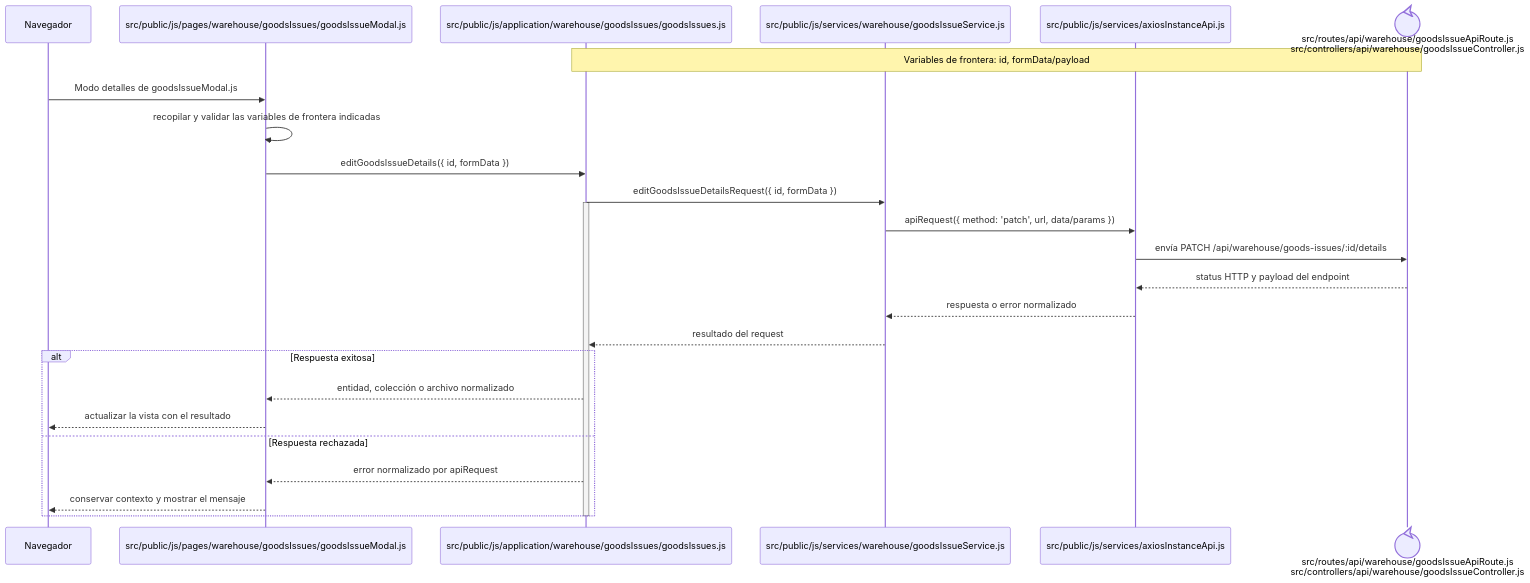
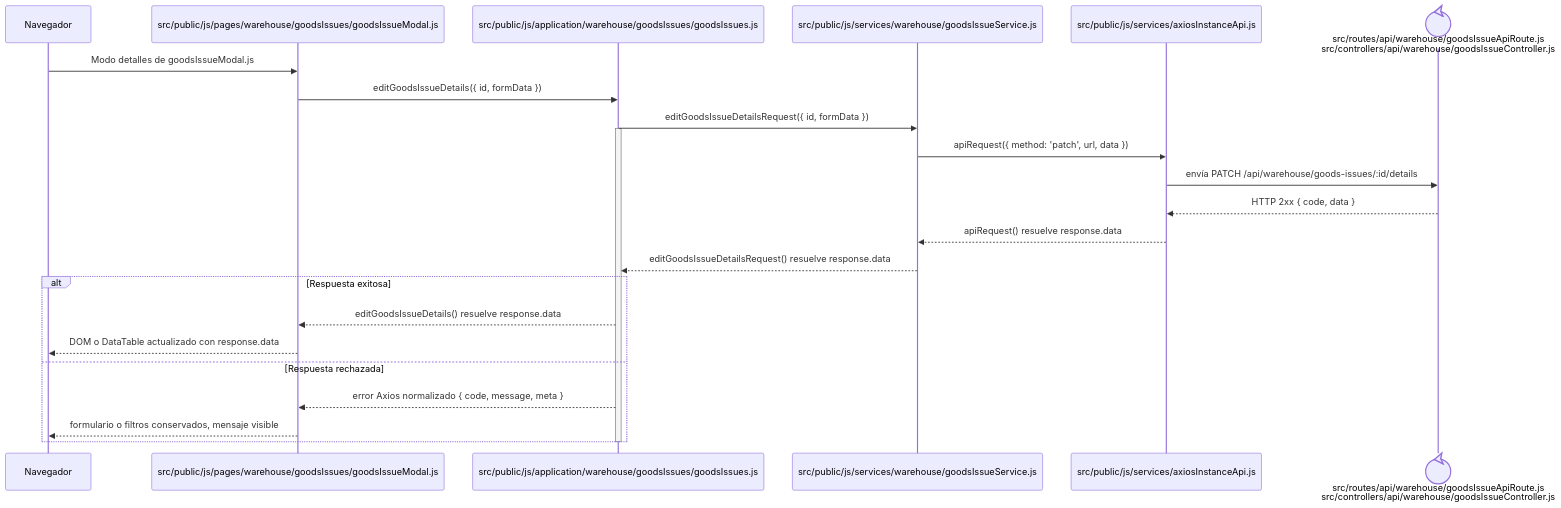
The diagram in docs/architecture/frontend-code-sequences/issues/cu-sal-04.md (gpgsistemas01/nexus), drawn with Mermaid before and after one commit. The commit also changed 148 other files, not shown here.

````diff
--- a/docs/architecture/frontend-code-sequences/issues/cu-sal-04.md
+++ b/docs/architecture/frontend-code-sequences/issues/cu-sal-04.md
@@ -6,29 +6,27 @@
 ```mermaid
 sequenceDiagram
     participant Browser as Navegador
     participant View as src/public/js/pages/warehouse/goodsIssues/goodsIssueModal.js
     participant Application as src/public/js/application/warehouse/goodsIssues/goodsIssues.js
     participant Request as src/public/js/services/warehouse/goodsIssueService.js
     participant HTTP as src/public/js/services/axiosInstanceApi.js
     participant Transport@{ "type": "control" } as src/routes/api/warehouse/goodsIssueApiRoute.js<br/>src/controllers/api/warehouse/goodsIssueController.js
-    Note over Application,Transport: Variables de frontera: id, formData/payload
 
     Browser->>View: Modo detalles de goodsIssueModal.js
-    View->>View: recopilar y validar las variables de frontera indicadas
     View->>Application: editGoodsIssueDetails({ id, formData })
     Application->>Request: editGoodsIssueDetailsRequest({ id, formData })
     activate Application
-    Request->>HTTP: apiRequest({ method: 'patch', url, data/params })
+    Request->>HTTP: apiRequest({ method: 'patch', url, data })
     HTTP->>Transport: envía PATCH /api/warehouse/goods-issues/:id/details
-    Transport-->>HTTP: status HTTP y payload del endpoint
-    HTTP-->>Request: respuesta o error normalizado
-    Request-->>Application: resultado del request
+    Transport-->>HTTP: HTTP 2xx { code, data }
+    HTTP-->>Request: apiRequest() resuelve response.data
+    Request-->>Application: editGoodsIssueDetailsRequest() resuelve response.data
     alt Respuesta exitosa
-        Application-->>View: entidad, colección o archivo normalizado
-        View-->>Browser: actualizar la vista con el resultado
+        Application-->>View: editGoodsIssueDetails() resuelve response.data
+        View-->>Browser: DOM o DataTable actualizado con response.data
     else Respuesta rechazada
-        Application-->>View: error normalizado por apiRequest
-        View-->>Browser: conservar contexto y mostrar el mensaje
+        Application-->>View: error Axios normalizado { code, message, meta }
+        View-->>Browser: formulario o filtros conservados, mensaje visible
     end
     deactivate Application
 ```
````
